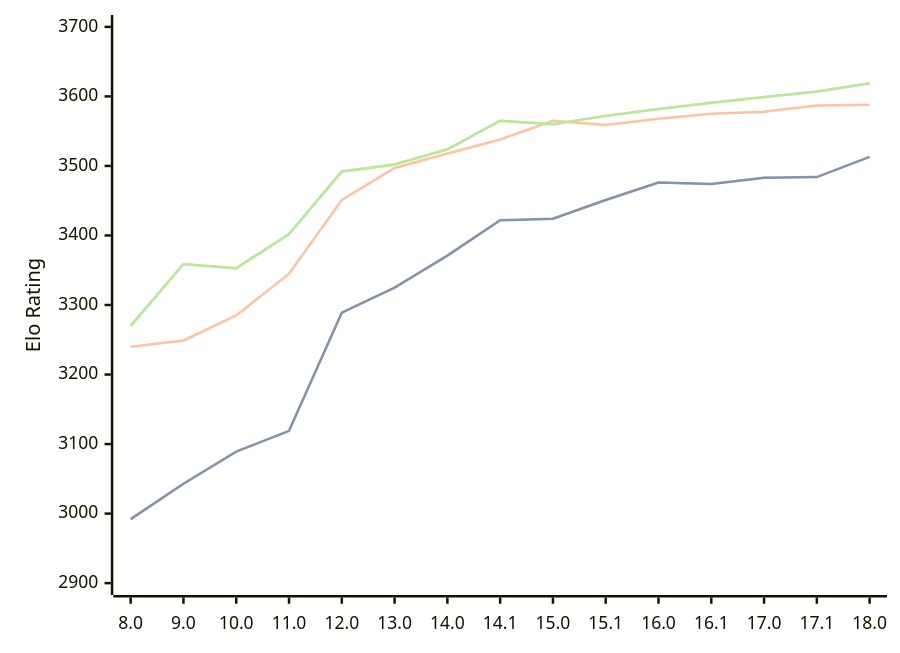
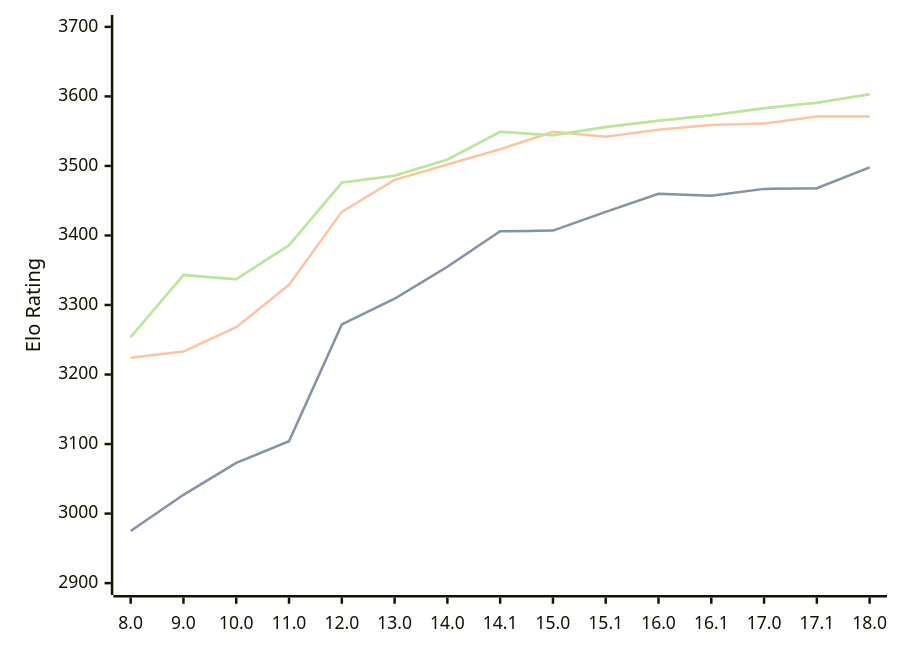
The diagram in engines/Stockfish.md (computer-chess-index/cci), drawn with Mermaid before and after one commit. The commit also changed other lines of this file, not shown here.

Commit message:
Update CCI Ratings (ELO VLTC) - 2026-05-20

````diff
--- a/engines/Stockfish.md
+++ b/engines/Stockfish.md
@@ -46,11 +46,11 @@
 ```mermaid
 %%{init: {"theme":"base","themeVariables":{"seriesColors:['#a3a3a3','#222221','#faa371']}}}%%
 xychart-beta
   x-axis ["8.0", "9.0", "10.0", "11.0", "12.0", "13.0", "14.0", "14.1", "15.0", "15.1", "16.0", "16.1", "17.0", "17.1", "18.0"]
   y-axis "Elo Rating" 2900 --> 3700
-  line "STC (8.0+0.08s)" [2992, 3043, 3089, 3119, 3289, 3325, 3371, 3422, 3424, 3451, 3476, 3474, 3483, 3484, 3513]
-  line "STC (8.0+0.08s)" [2992, 3043, 3089, 3119, 3289, 3325, 3371, 3422, 3424, 3451, 3476, 3474, 3483, 3484, 3513]
-  line "LTC (60.0+0.60s)" [3240, 3249, 3285, 3345, 3451, 3497, 3518, 3538, 3565, 3559, 3568, 3575, 3578, 3587, 3588]
-  line "VLTC (2m24s+1.12s)" [3270, 3359, 3353, 3402, 3492, 3502, 3524, 3565, 3560, 3572, 3582, 3591, 3599, 3607, 3619]
-  line "VLTC (2m24s+1.12s)" [3270, 3359, 3353, 3402, 3492, 3502, 3524, 3565, 3560, 3572, 3582, 3591, 3599, 3607, 3619]
+  line "STC (8.0+0.08s)" [2975, 3027, 3073, 3104, 3272, 3309, 3355, 3406, 3407, 3434, 3460, 3457, 3467, 3468, 3498]
+  line "STC (8.0+0.08s)" [2975, 3027, 3073, 3104, 3272, 3309, 3355, 3406, 3407, 3434, 3460, 3457, 3467, 3468, 3498]
+  line "LTC (60.0+0.60s)" [3224, 3233, 3268, 3329, 3434, 3480, 3502, 3524, 3549, 3542, 3552, 3559, 3561, 3571, 3571]
+  line "VLTC (2m24s+1.12s)" [3254, 3343, 3337, 3386, 3476, 3486, 3509, 3549, 3544, 3556, 3565, 3573, 3583, 3591, 3603]
+  line "VLTC (2m24s+1.12s)" [3254, 3343, 3337, 3386, 3476, 3486, 3509, 3549, 3544, 3556, 3565, 3573, 3583, 3591, 3603]
 ```
````
